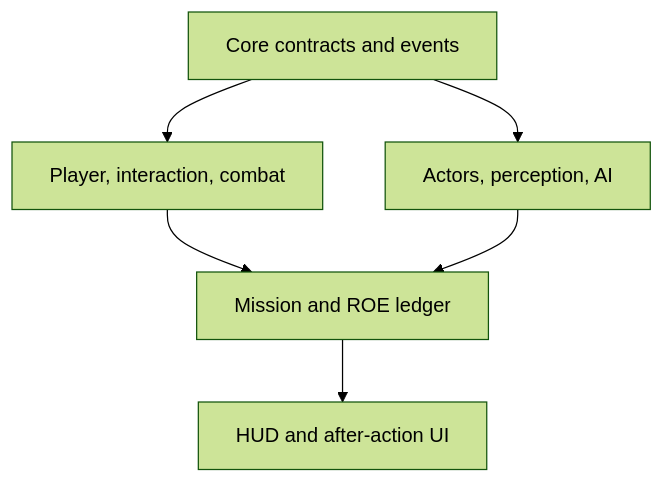
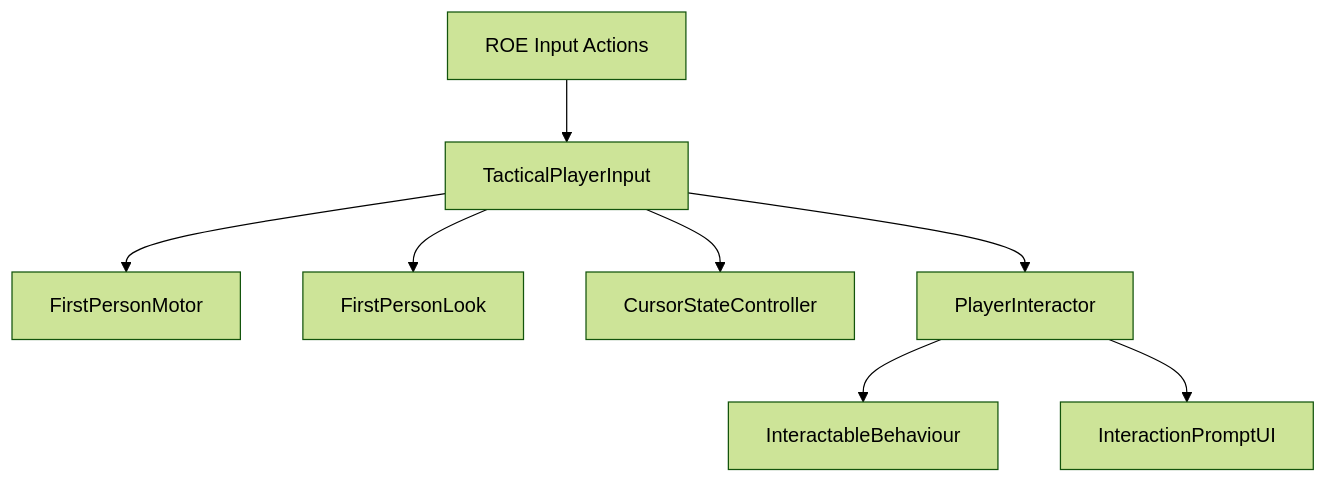
One commit to jaychase464-maker/RoE-v3 changed the diagram in SYSTEM_MAP.md. Above: the diagram before and after it, drawn with Mermaid (forest theme). The commit also changed other lines of this file and 64 other files, not shown here.

Commit message:
Complete Milestone 1 first-person and interaction prototype

````diff
--- a/SYSTEM_MAP.md
+++ b/SYSTEM_MAP.md
@@ -61,8 +5,10 @@
 ```mermaid
 flowchart TD
-    Core[Core contracts and events] --> Gameplay[Player, interaction, combat]
-    Core --> Actors[Actors, perception, AI]
-    Gameplay --> Mission[Mission and ROE ledger]
-    Actors --> Mission
-    Mission --> UI[HUD and after-action UI]
+    Input[ROE Input Actions] --> Intent[TacticalPlayerInput]
+    Intent --> Motor[FirstPersonMotor]
+    Intent --> Look[FirstPersonLook]
+    Intent --> Cursor[CursorStateController]
+    Intent --> Focus[PlayerInteractor]
+    Focus --> Target[InteractableBehaviour]
+    Focus --> Prompt[InteractionPromptUI]
 ```
````
